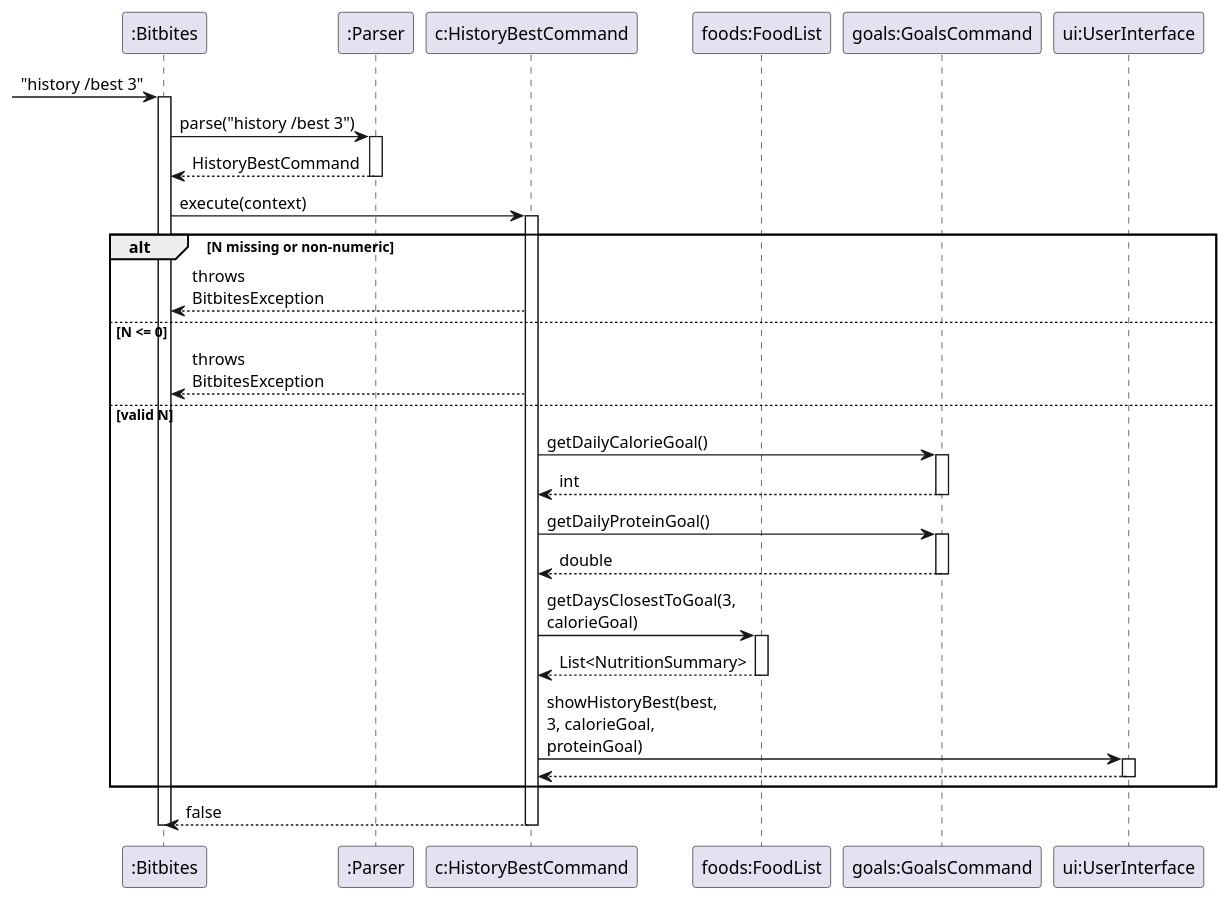
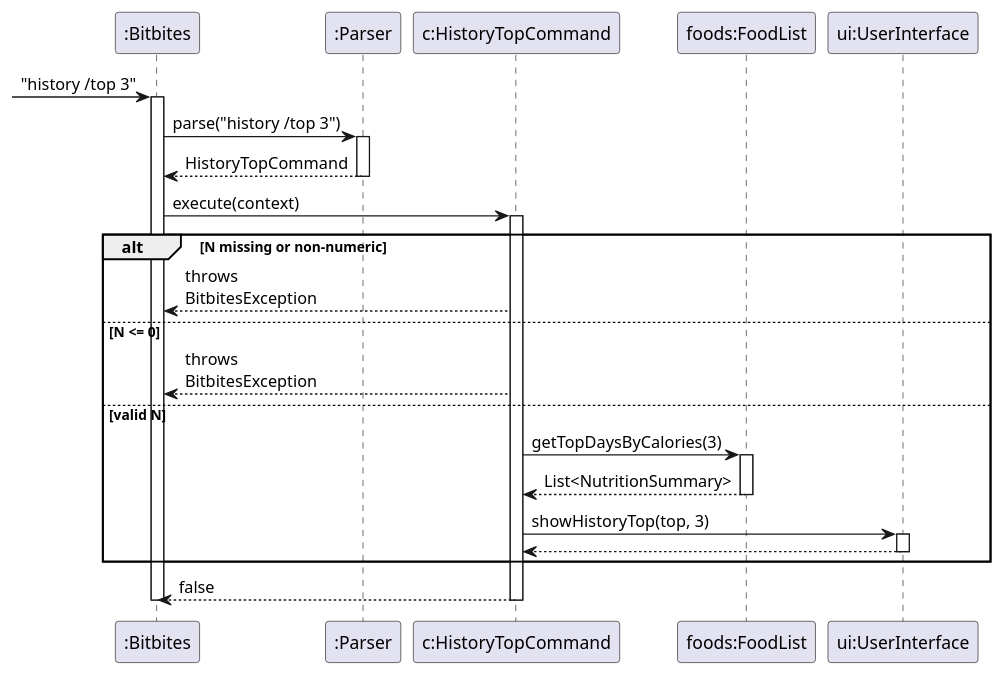
The diagram in docs/uml/histroy_top.puml (AY2526S2-CS2113-F14-2/tp), drawn with PlantUML before and after one commit. The commit also changed 7 other files, not shown here.

```diff
--- a/docs/uml/histroy_top.puml
+++ b/docs/uml/histroy_top.puml
@@ -1,52 +1,41 @@
-@startuml history_best
+@startuml history_top
 skinparam arrowThickness 1.1
 skinparam maxMessageSize 150
 
 participant ":Bitbites" as Bitbites
 participant ":Parser" as Parser
-participant "c:HistoryBestCommand" as Cmd
+participant "c:HistoryTopCommand" as Cmd
 participant "foods:FoodList" as FoodList
-participant "goals:GoalsCommand" as Goals
 participant "ui:UserInterface" as UI
 
--> Bitbites : "history /best 3"
+-> Bitbites : "history /top 3"
 activate Bitbites
 
-Bitbites -> Parser : parse("history /best 3")
+Bitbites -> Parser : parse("history /top 3")
 activate Parser
-Parser --> Bitbites : HistoryBestCommand
+Parser --> Bitbites : HistoryTopCommand
 deactivate Parser
 
 Bitbites -> Cmd : execute(context)
 activate Cmd
 
 alt N missing or non-numeric
     Cmd --> Bitbites : throws BitbitesException
 else N <= 0
     Cmd --> Bitbites : throws BitbitesException
 else valid N
-    Cmd -> Goals : getDailyCalorieGoal()
-    activate Goals
-    Goals --> Cmd : int
-    deactivate Goals
-
-    Cmd -> Goals : getDailyProteinGoal()
-    activate Goals
-    Goals --> Cmd : double
-    deactivate Goals
-
-    Cmd -> FoodList : getDaysClosestToGoal(3, calorieGoal)
+    Cmd -> FoodList : getTopDaysByCalories(3)
     activate FoodList
     FoodList --> Cmd : List<NutritionSummary>
     deactivate FoodList
 
-    Cmd -> UI : showHistoryBest(best, 3, calorieGoal, proteinGoal)
+    Cmd -> UI : showHistoryTop(top, 3)
     activate UI
     UI --> Cmd
     deactivate UI
 end
 
 Cmd --> Bitbites : false
 deactivate Cmd
 deactivate Bitbites
 @enduml
```
